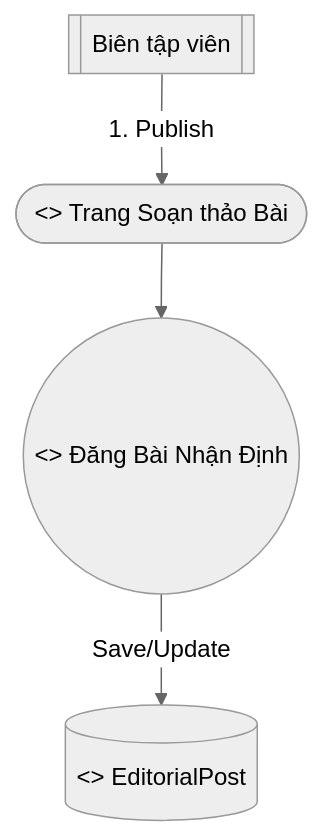
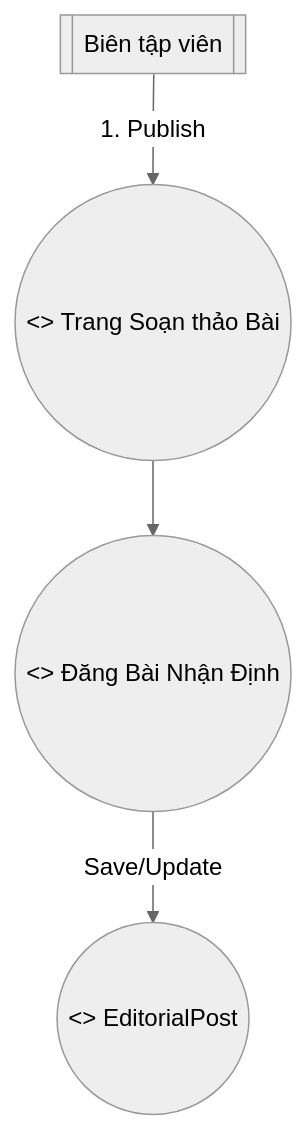
The eighth of 10 diagrams in README.md (qhun22/qq), drawn with Mermaid (neutral theme) before and after one commit. The commit also changed other lines of this file, not shown here.

````diff
--- a/README.md
+++ b/README.md
@@ -404,12 +312,12 @@
 ```mermaid
 flowchart TD
   A_EDT[[Biên tập viên]]
   
-  B_EDT([<<boundary>> Trang Soạn thảo Bài])
+  B_EDT((<<boundary>> Trang Soạn thảo Bài))
   C_POST((<<control>> Đăng Bài Nhận Định))
-  E_POST[(<<entity>> EditorialPost)]
+  E_POST((<<entity>> EditorialPost))
 
   A_EDT -->|1. Publish| B_EDT
   B_EDT --> C_POST
   C_POST -->|Save/Update| E_POST
 ```
````
